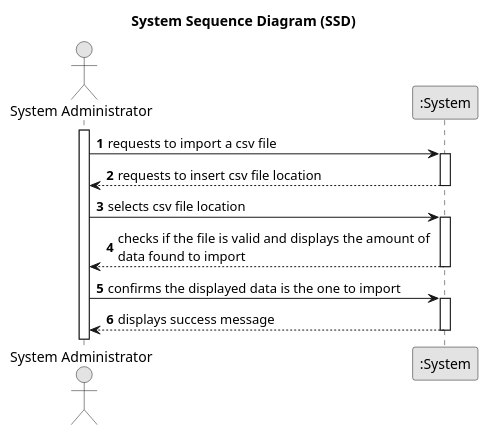
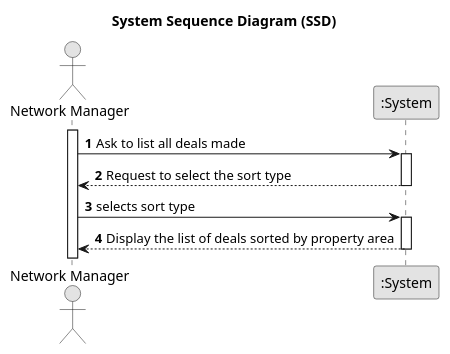
Before and after one commit to Goncalves2525/real-estate-management-system: the diagram in docs/sprintD/us017/01.requirements-engineering/puml/us017-system-sequence-diagram.puml, drawn with PlantUML. The commit also changed 10 other files, not shown here.

Commit message:
NetworkManager [US017] [Update repository]

```diff
--- a/docs/sprintD/us017/01.requirements-engineering/puml/us017-system-sequence-diagram.puml
+++ b/docs/sprintD/us017/01.requirements-engineering/puml/us017-system-sequence-diagram.puml
@@ -1,46 +1,28 @@
 @startuml
 skinparam monochrome true
 skinparam packageStyle rectangle
 skinparam shadowing false
 
 title System Sequence Diagram (SSD)
 
 autonumber
 
-actor "System Administrator" as Admin
+actor "Network Manager" as NetworkManager
 participant ":System" as System
 
-activate Admin
+activate NetworkManager
 
-    Admin -> System : requests to import a csv file
+    NetworkManager -> System : Ask to list all deals made
     activate System
 
-'    System --> Admin : lists types of data to import (Agents, Agencies, Orders)\n and asks to select one
-'    deactivate System
-'
-'    Admin -> System : selects a type of data to import
-'    activate System
-
-    System --> Admin : requests to insert csv file location
+    System --> NetworkManager : Request to select the sort type
     deactivate System
 
-    Admin -> System: selects csv file location
+    NetworkManager -> System: selects sort type
     activate System
 
-    System --> Admin: checks if the file is valid and displays the amount of \ndata found to import
-    deactivate System
-
-'    Admin -> System: selects the delimiter
-'    activate System
-
-'    System --> Admin: displays the data that it found in the csv file
-'    deactivate System
-
-    Admin -> System : confirms the displayed data is the one to import
-    activate System
-
-    System --> Admin : displays success message
+    System --> NetworkManager: Display the list of deals sorted by property area
     deactivate System
 
 
 @enduml
```
